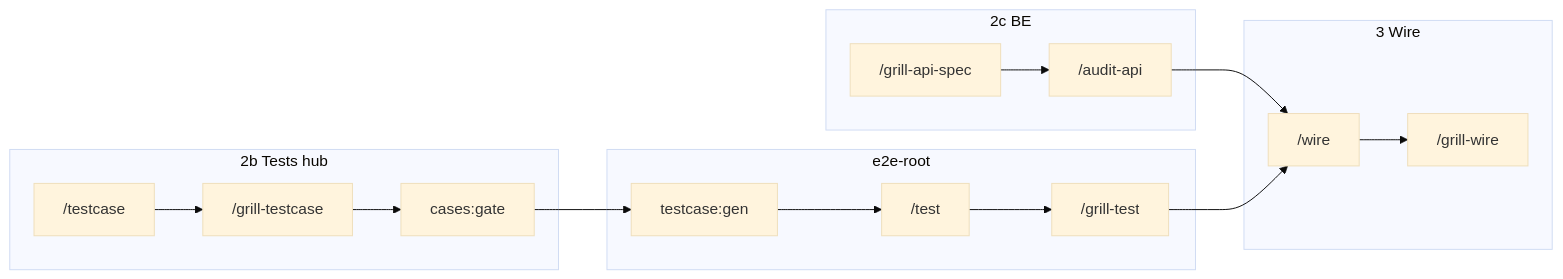
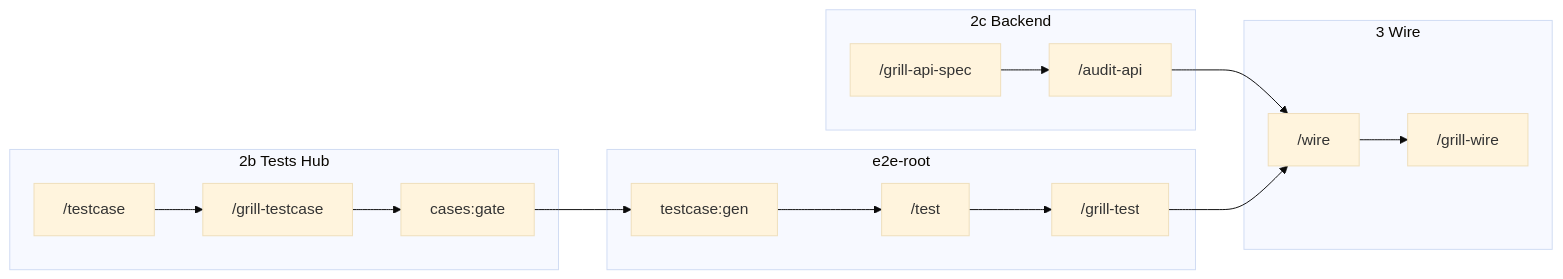
The third of 3 diagrams in workflows/grill-and-human-review.md (ShanYuCoder/flowgrid-docs), drawn with Mermaid (base theme) before and after one commit. The commit also changed other lines of this file and 348 other files, not shown here.

````diff
--- a/workflows/grill-and-human-review.md
+++ b/workflows/grill-and-human-review.md
@@ -182,28 +182,28 @@
 ```mermaid
 flowchart LR
-  subgraph TEST["2b Tests hub"]
+  subgraph TEST["2b Tests Hub"]
     TC["/testcase"]
     GTC["/grill-testcase"]
     GT["cases:gate"]
     TC --> GTC --> GT
   end
   subgraph AUTO["e2e-root"]
     GEN["testcase:gen"]
     T["/test"]
     GTE["/grill-test"]
     GEN --> T --> GTE
   end
-  subgraph API["2c BE"]
+  subgraph API["2c Backend"]
     GAS["/grill-api-spec"]
     AA["/audit-api"]
     GAS --> AA
   end
   subgraph WIRE["3 Wire"]
     W["/wire"]
     GW["/grill-wire"]
     W --> GW
   end
   GT --> GEN
   AA --> W
   GTE --> W
 ```
````
